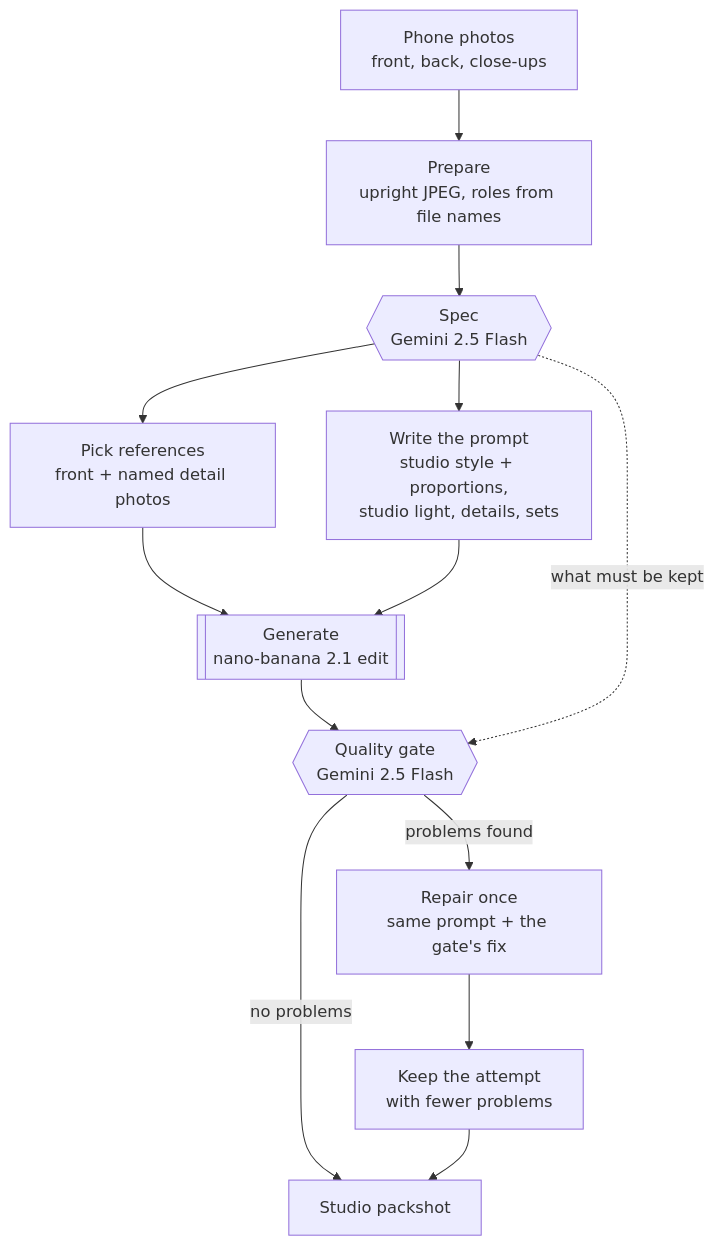
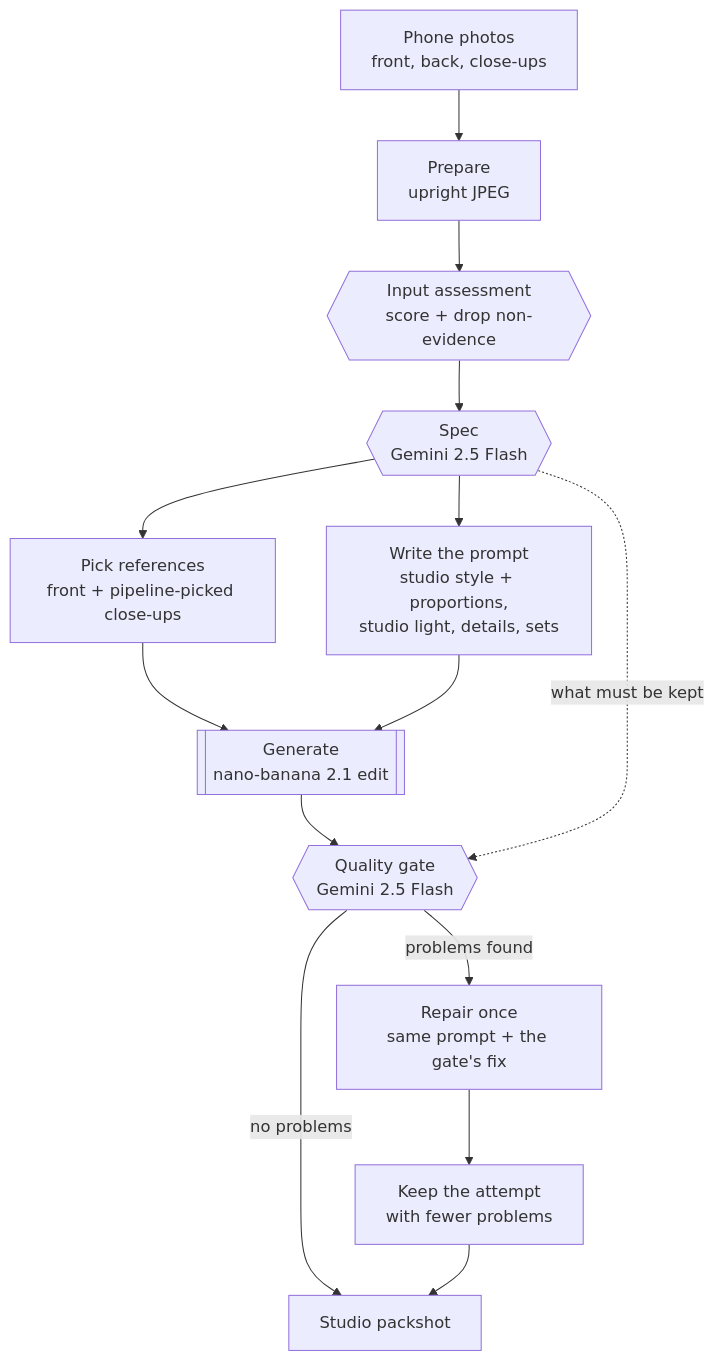
Before and after one commit to neural-wave/ch-D3A24: the first of 2 diagrams in README.md, drawn with Mermaid. The commit also changed other lines of this file and 6 other files, not shown here.

````diff
--- a/README.md
+++ b/README.md
@@ -22,15 +22,16 @@
 ```mermaid
 flowchart TD
-    A["Phone photos<br/>front, back, close-ups"] --> B["Prepare<br/>upright JPEG, roles from file names"]
-    B --> C{{"Spec<br/>Gemini 2.5 Flash"}}
-    C --> D["Pick references<br/>front + named detail photos"]
+    A["Phone photos<br/>front, back, close-ups"] --> B["Prepare<br/>upright JPEG"]
+    B --> S{{"Input assessment<br/>score + drop non-evidence"}}
+    S --> C{{"Spec<br/>Gemini 2.5 Flash"}}
+    C --> D["Pick references<br/>front + pipeline-picked close-ups"]
     C --> E["Write the prompt<br/>studio style + proportions,<br/>studio light, details, sets"]
     D --> F[["Generate<br/>nano-banana 2.1 edit"]]
     E --> F
     F --> G{{"Quality gate<br/>Gemini 2.5 Flash"}}
     C -.->|what must be kept| G
     G -->|no problems| H["Studio packshot"]
     G -->|problems found| R["Repair once<br/>same prompt + the gate's fix"]
     R --> K["Keep the attempt<br/>with fewer problems"]
     K --> H
 ```
````
